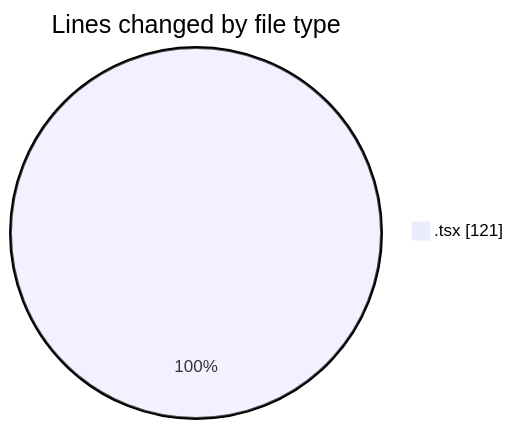
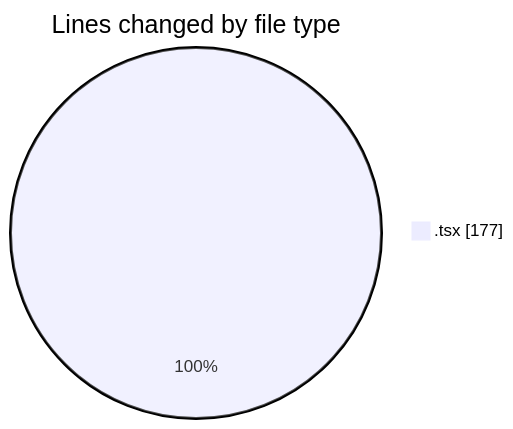
Before and after one commit to momahboobian/code-tracking: the first of 2 diagrams in 2025-09-16/cda/README.md, drawn with Mermaid. The commit also changed other lines of this file and 1 other file, not shown here.

````diff
--- a/2025-09-16/cda/README.md
+++ b/2025-09-16/cda/README.md
@@ -21,5 +21,5 @@
 ```mermaid
 pie showData
 title Lines changed by file type
-".tsx" : 121
+".tsx" : 177
 ```
````
